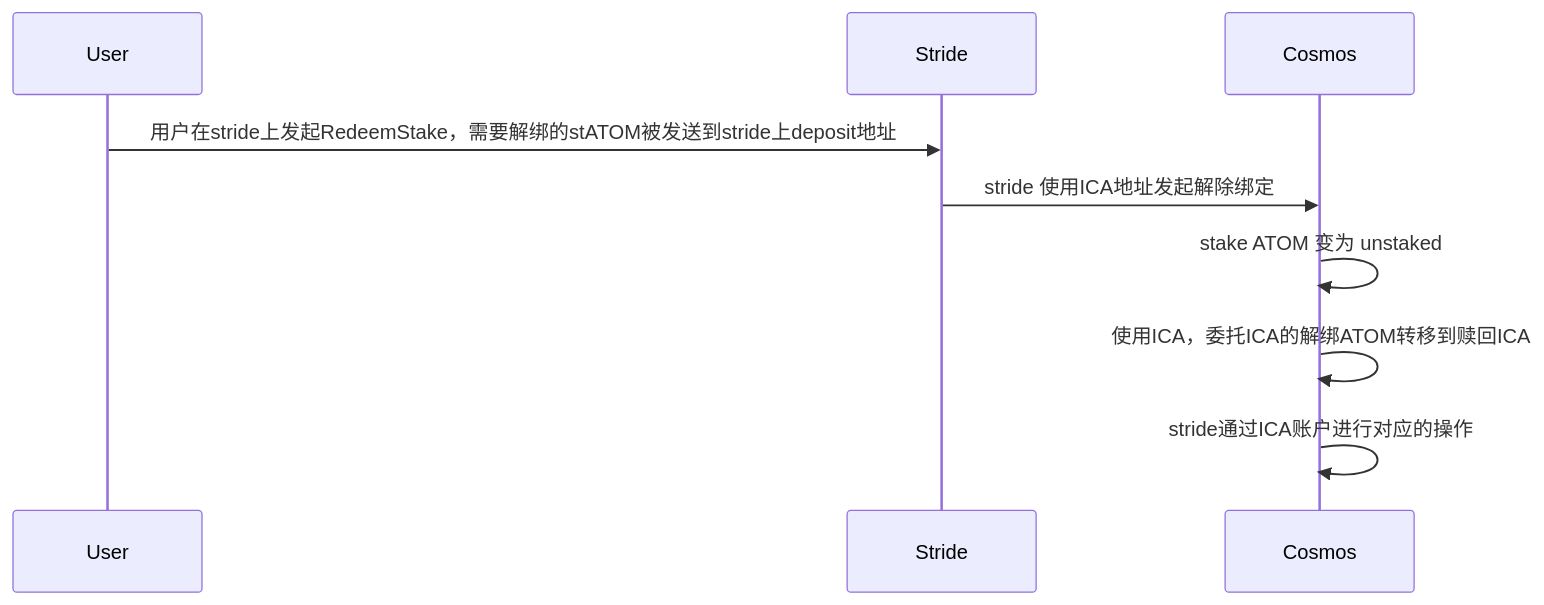
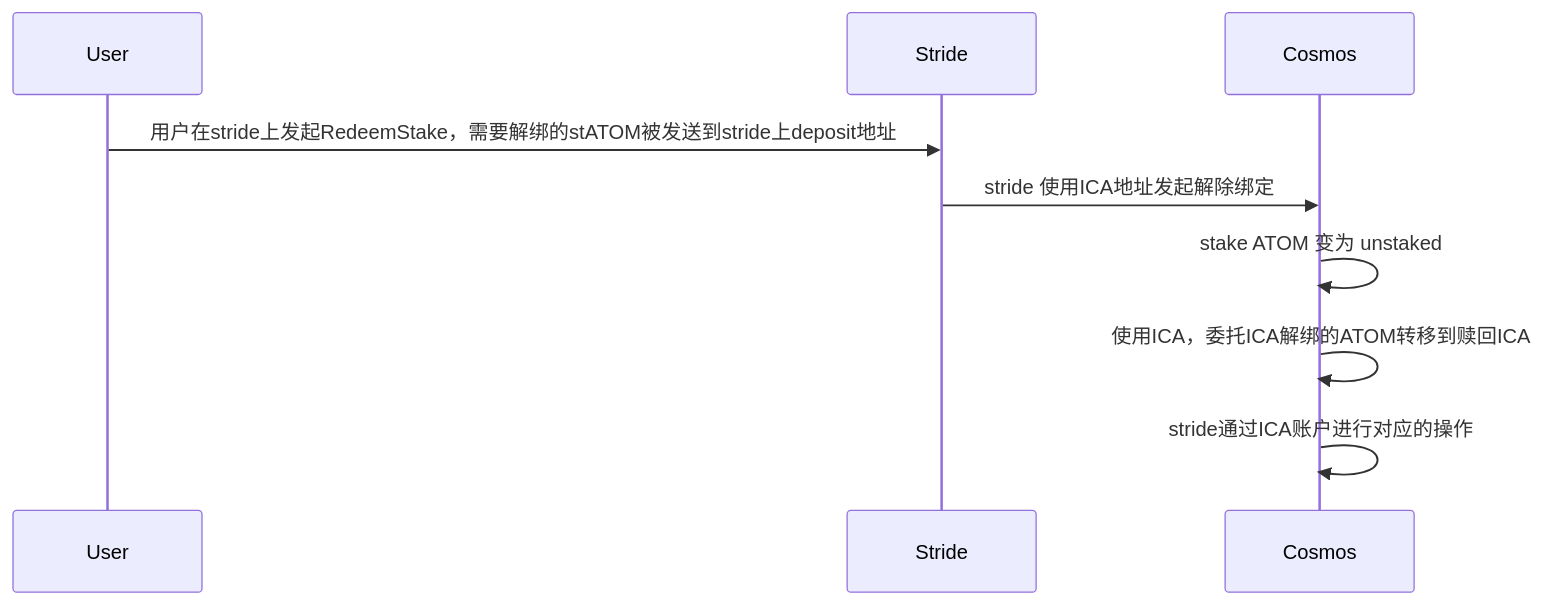
The diagram in all/unbonding.md (yingjianzh/iodraw-files), drawn with Mermaid before and after one commit.

Commit message:
2024-03-28 15:33:43 update

````diff
--- a/all/unbonding.md
+++ b/all/unbonding.md
@@ -1,8 +1,8 @@
 ```mermaid
 sequenceDiagram
     User->>Stride: 用户在stride上发起RedeemStake，需要解绑的stATOM被发送到stride上deposit地址
     Stride->>Cosmos: stride 使用ICA地址发起解除绑定
     Cosmos->>Cosmos: stake ATOM 变为 unstaked
-    Cosmos->>Cosmos: 使用ICA，委托ICA的解绑ATOM转移到赎回ICA
+    Cosmos->>Cosmos: 使用ICA，委托ICA解绑的ATOM转移到赎回ICA
     Cosmos->>Cosmos: stride通过ICA账户进行对应的操作
 ```
````
